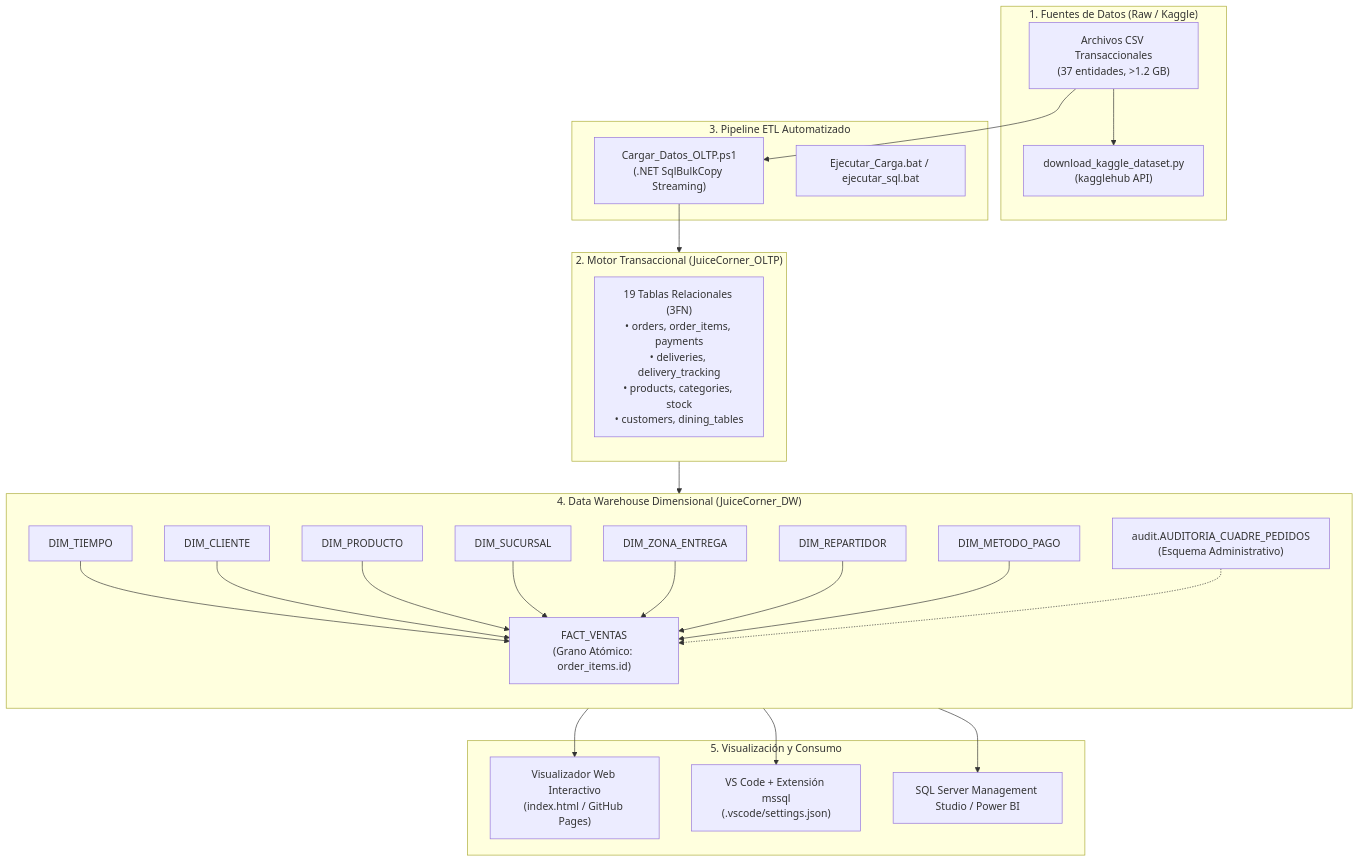
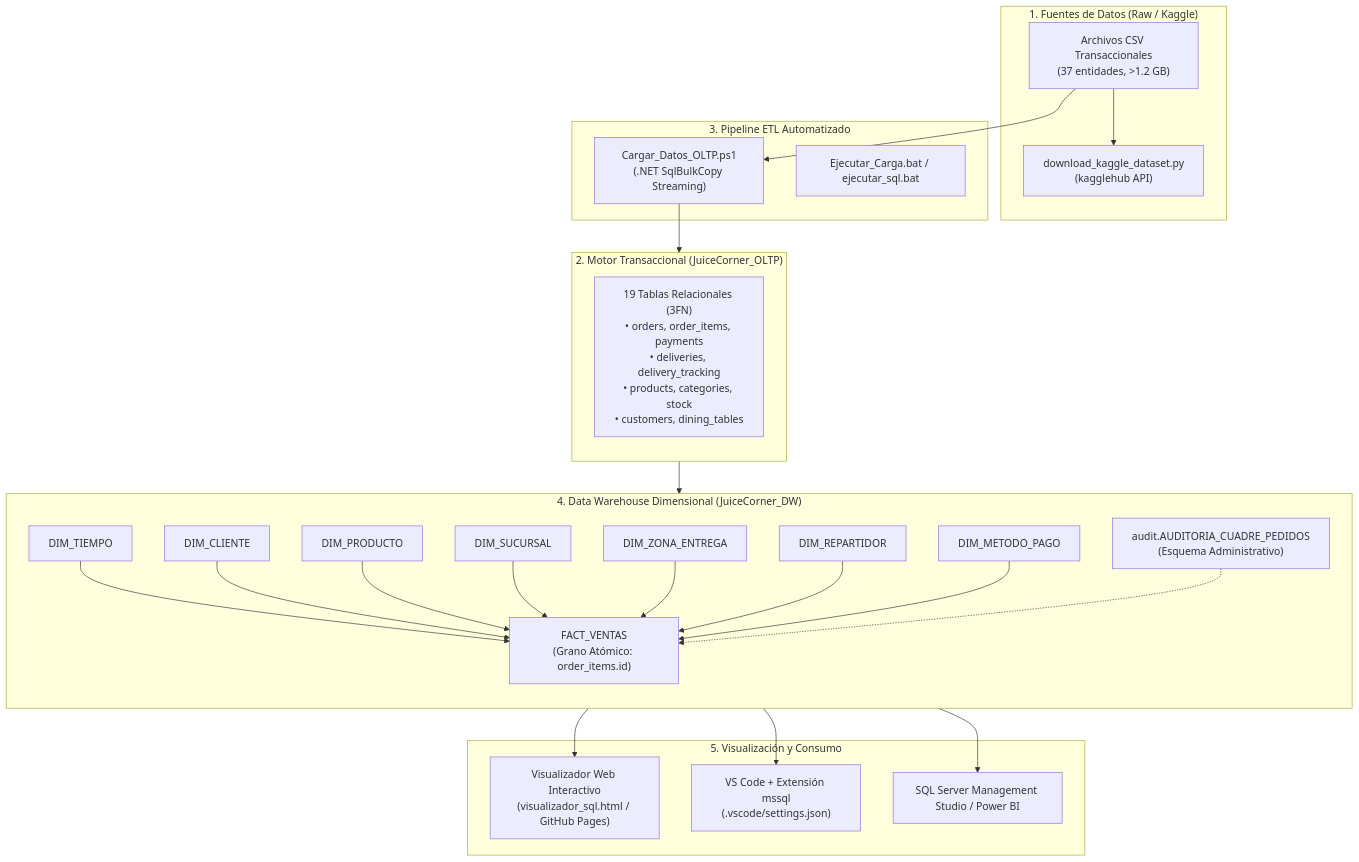
One commit to JoseFerM/JuiceCorner-DataScience changed the diagram in README.md. Above: the diagram before and after it, drawn with Mermaid. The commit also changed other lines of this file and 6 other files, not shown here.

````diff
--- a/README.md
+++ b/README.md
@@ -93,44 +116,44 @@
 ```mermaid
 flowchart TD
     subgraph S1["1. Fuentes de Datos (Raw / Kaggle)"]
         CSV["Archivos CSV Transaccionales<br/>(37 entidades, >1.2 GB)"]
         PY["download_kaggle_dataset.py<br/>(kagglehub API)"]
     end
 
     subgraph S2["2. Motor Transaccional (JuiceCorner_OLTP)"]
         direction TB
         OLTP_CORE["19 Tablas Relacionales (3FN)<br/>• orders, order_items, payments<br/>• deliveries, delivery_tracking<br/>• products, categories, stock<br/>• customers, dining_tables"]
     end
 
     subgraph S3["3. Pipeline ETL Automatizado"]
         BULK["Cargar_Datos_OLTP.ps1<br/>(.NET SqlBulkCopy Streaming)"]
         BAT["Ejecutar_Carga.bat / ejecutar_sql.bat"]
     end
 
     subgraph S4["4. Data Warehouse Dimensional (JuiceCorner_DW)"]
         direction TB
         DIM_T["DIM_TIEMPO"] --> FACT["FACT_VENTAS<br/>(Grano Atómico: order_items.id)"]
         DIM_C["DIM_CLIENTE"] --> FACT
         DIM_P["DIM_PRODUCTO"] --> FACT
         DIM_S["DIM_SUCURSAL"] --> FACT
         DIM_Z["DIM_ZONA_ENTREGA"] --> FACT
         DIM_R["DIM_REPARTIDOR"] --> FACT
         DIM_M["DIM_METODO_PAGO"] --> FACT
         
         AUD["audit.AUDITORIA_CUADRE_PEDIDOS<br/>(Esquema Administrativo)"] -.-> FACT
     end
 
     subgraph S5["5. Visualización y Consumo"]
-        WEB["Visualizador Web Interactivo<br/>(index.html / GitHub Pages)"]
+        WEB["Visualizador Web Interactivo<br/>(visualizador_sql.html / GitHub Pages)"]
         VSC["VS Code + Extensión mssql<br/>(.vscode/settings.json)"]
         SSMS["SQL Server Management Studio / Power BI"]
     end
 
     CSV --> PY
     CSV --> BULK
     BULK --> OLTP_CORE
     OLTP_CORE --> S4
     S4 --> WEB
     S4 --> VSC
     S4 --> SSMS
 ```
````
